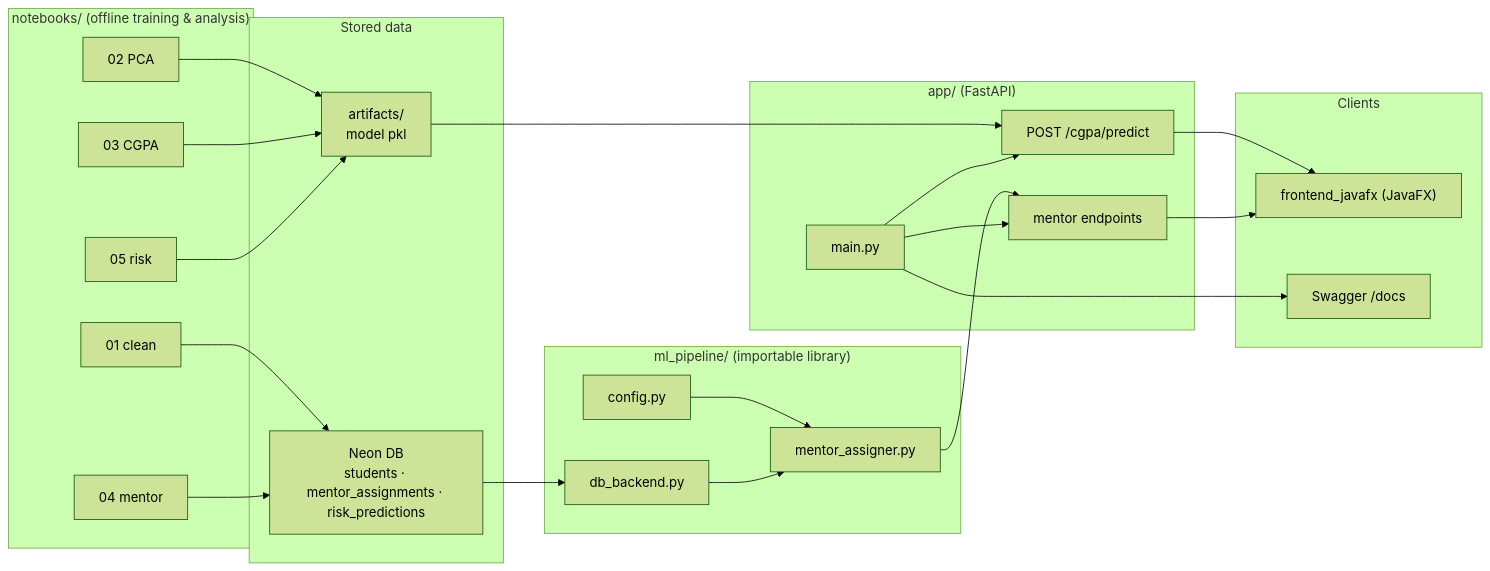
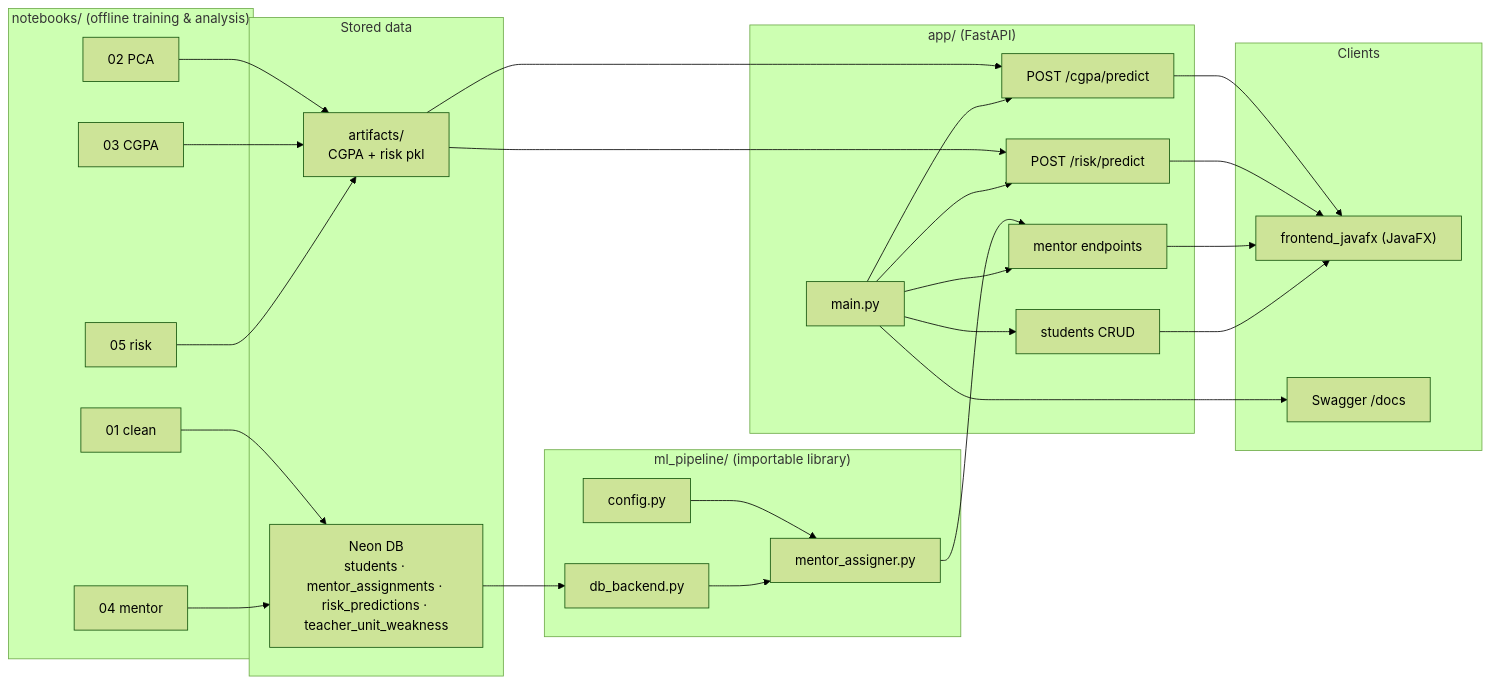
The second of 6 diagrams in README.md (cybodexx/edu-growth), drawn with Mermaid (forest theme) before and after one commit. The commit also changed other lines of this file, not shown here.

Commit message:
humazie: update README to current project state (risk API, artifacts, Render poetry)

````diff
--- a/README.md
+++ b/README.md
@@ -58,48 +61,55 @@
 ```mermaid
 flowchart LR
     subgraph Stored["Stored data"]
-        NEON["Neon DB<br/>students · mentor_assignments · risk_predictions"]
-        ART["artifacts/<br/>model pkl"]
+        NEON["Neon DB<br/>students · mentor_assignments · risk_predictions · teacher_unit_weakness"]
+        ART["artifacts/<br/>CGPA + risk pkl"]
     end
 
     subgraph Training["notebooks/ (offline training & analysis)"]
         N1["01 clean"]
         N2["02 PCA"]
         N3["03 CGPA"]
         N4["04 mentor"]
         N5["05 risk"]
     end
 
     subgraph Runtime["ml_pipeline/ (importable library)"]
         CFG["config.py"]
         MA["mentor_assigner.py"]
         DB["db_backend.py"]
     end
 
     subgraph Service["app/ (FastAPI)"]
         MAIN["main.py"]
         CGP["POST /cgpa/predict"]
+        RIS["POST /risk/predict"]
         MEN["mentor endpoints"]
+        STD["students CRUD"]
     end
 
     subgraph Client["Clients"]
         JFX["frontend_javafx (JavaFX)"]
         DOCS["Swagger /docs"]
     end
 
     N1 --> NEON
     N2 --> ART
     N3 --> ART
     N4 --> NEON
     N5 --> ART
     ART --> CGP
+    ART --> RIS
     CFG --> MA
     NEON --> DB
     DB --> MA
     MA --> MEN
     MAIN --> CGP
+    MAIN --> RIS
     MAIN --> MEN
+    MAIN --> STD
     CGP --> JFX
+    RIS --> JFX
     MEN --> JFX
+    STD --> JFX
     MAIN --> DOCS
 ```
````
